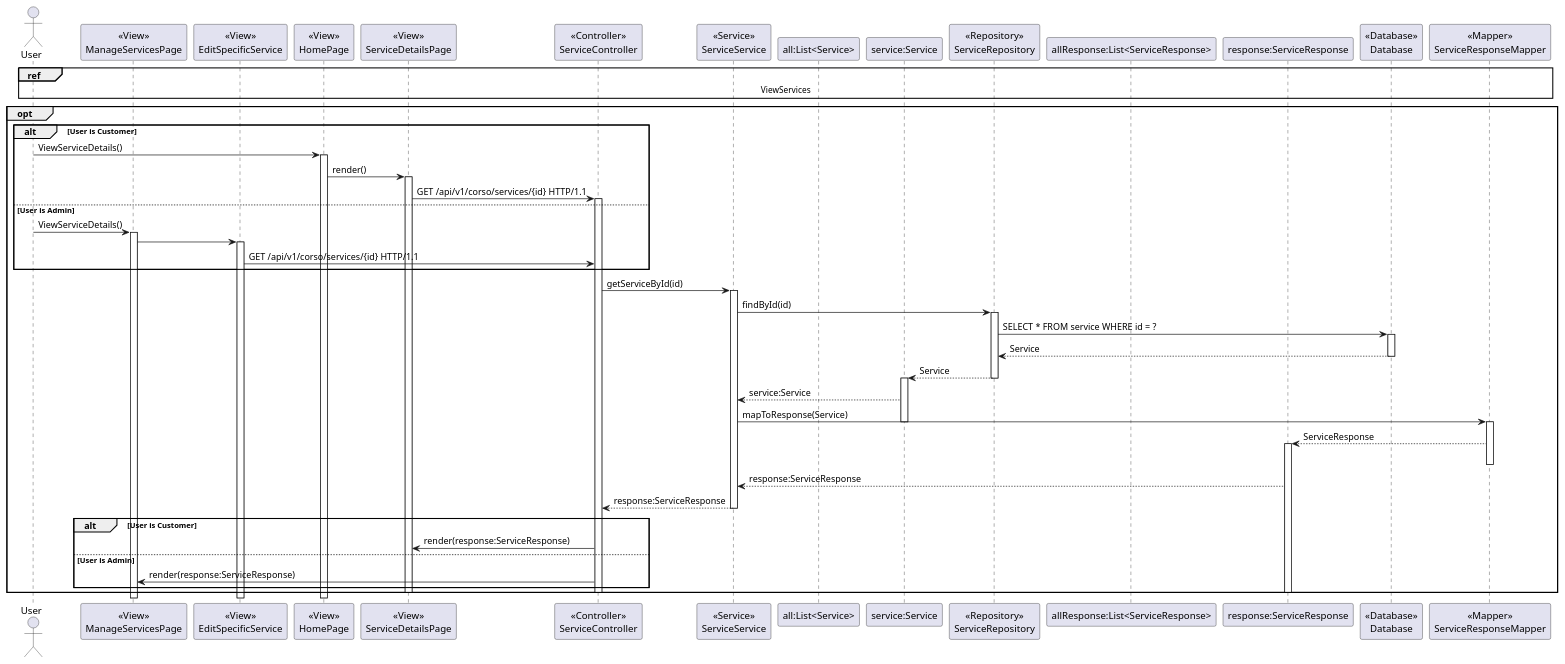
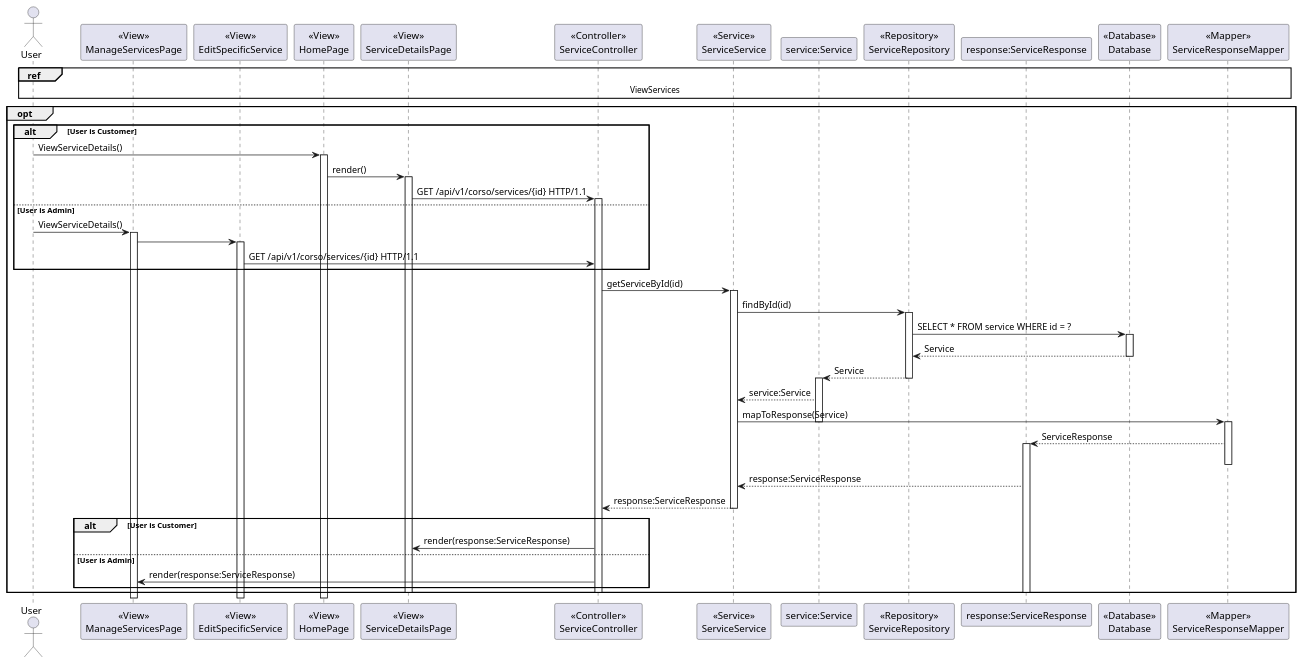
Before and after one commit to DylanBrass/Corso-Website: the diagram in Diagrams/LLSD/Services/ViewServiceById.puml, drawn with PlantUML. The commit also changed 5 other files, not shown here.

```diff
--- a/Diagrams/LLSD/Services/ViewServiceById.puml
+++ b/Diagrams/LLSD/Services/ViewServiceById.puml
@@ -1,128 +1,125 @@
 @startuml
 
 
 actor User
 
 participant ManageServicesPage as "<<View>>\nManageServicesPage"
 
 participant EditSpecificService as "<<View>>\nEditSpecificService"
 
 participant HomePage as "<<View>>\nHomePage"
 
 participant ServiceDetailsPage as "<<View>>\nServiceDetailsPage"
 
 participant ServiceController as "<<Controller>>\nServiceController"
 
 participant ServiceService as "<<Service>>\nServiceService"
 
-participant all as "all:List<Service>"
 
 participant Service as "service:Service"
 
 participant ServiceRepository as "<<Repository>>\nServiceRepository"
-
-participant allResponse as "allResponse:List<ServiceResponse>"
 
 participant ServiceResponse as "response:ServiceResponse"
 
 participant Database as "<<Database>>\nDatabase"
 
 participant ServiceResponseMapper as "<<Mapper>>\nServiceResponseMapper"
 
 ref over User, ServiceController, ServiceService, ServiceResponseMapper
 ViewServices
 end
 
 opt
 
 alt User is Customer
 User -> HomePage:ViewServiceDetails()
 activate HomePage
 HomePage -> ServiceDetailsPage: render()
 
 activate ServiceDetailsPage
 
 ServiceDetailsPage -> ServiceController: GET /api/v1/corso/services/{id} HTTP/1.1
 activate ServiceController
 
 
 
 else User is Admin
 
 User -> ManageServicesPage:ViewServiceDetails()
 
 activate ManageServicesPage
 
 ManageServicesPage -> EditSpecificService
 activate EditSpecificService
 
 EditSpecificService -> ServiceController: GET /api/v1/corso/services/{id} HTTP/1.1
 
 
 
 
 end
 
 
 ServiceController -> ServiceService: getServiceById(id)
 
 activate ServiceService
 
 ServiceService -> ServiceRepository: findById(id)
 
 activate ServiceRepository
 
 ServiceRepository -> Database: SELECT * FROM service WHERE id = ?
 
 activate Database
 
 Database --> ServiceRepository: Service
 
 deactivate Database
 
 ServiceRepository --> Service: Service
 deactivate ServiceRepository
 
 activate Service
 
 Service --> ServiceService: service:Service
 
 
 
 
 
 
 ServiceService -> ServiceResponseMapper: mapToResponse(Service)
 
 
 deactivate Service
 activate ServiceResponseMapper
 
 ServiceResponseMapper --> ServiceResponse: ServiceResponse
 
 activate ServiceResponse
 
 deactivate ServiceResponseMapper
 
 ServiceResponse --> ServiceService: response:ServiceResponse
 
 ServiceService --> ServiceController: response:ServiceResponse
 
 deactivate ServiceService
 
 
 alt User is Customer
 ServiceController -> ServiceDetailsPage: render(response:ServiceResponse)
 else User is Admin
 ServiceController -> ManageServicesPage: render(response:ServiceResponse)
 end
 
 
 deactivate ServiceResponse
 deactivate ServiceController
 deactivate ServiceDetailsPage
 end opt
 
 
 
 @enduml
```
